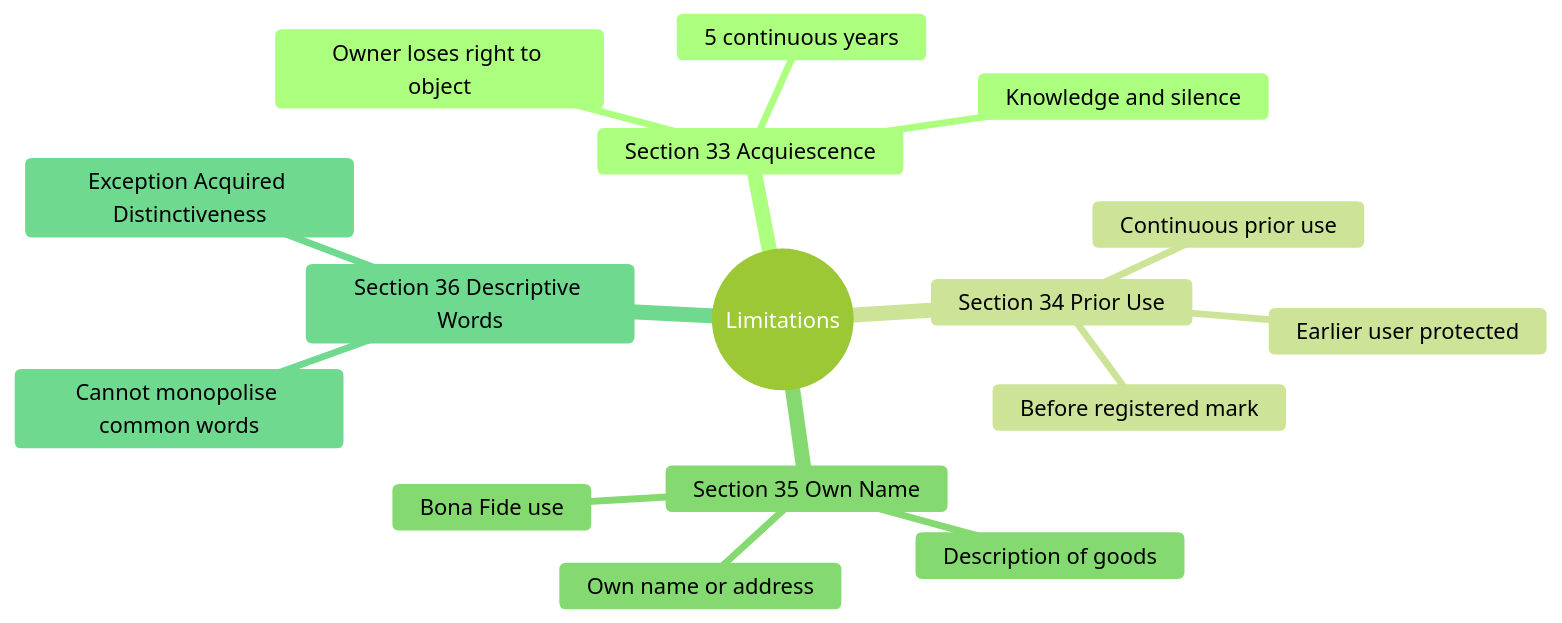
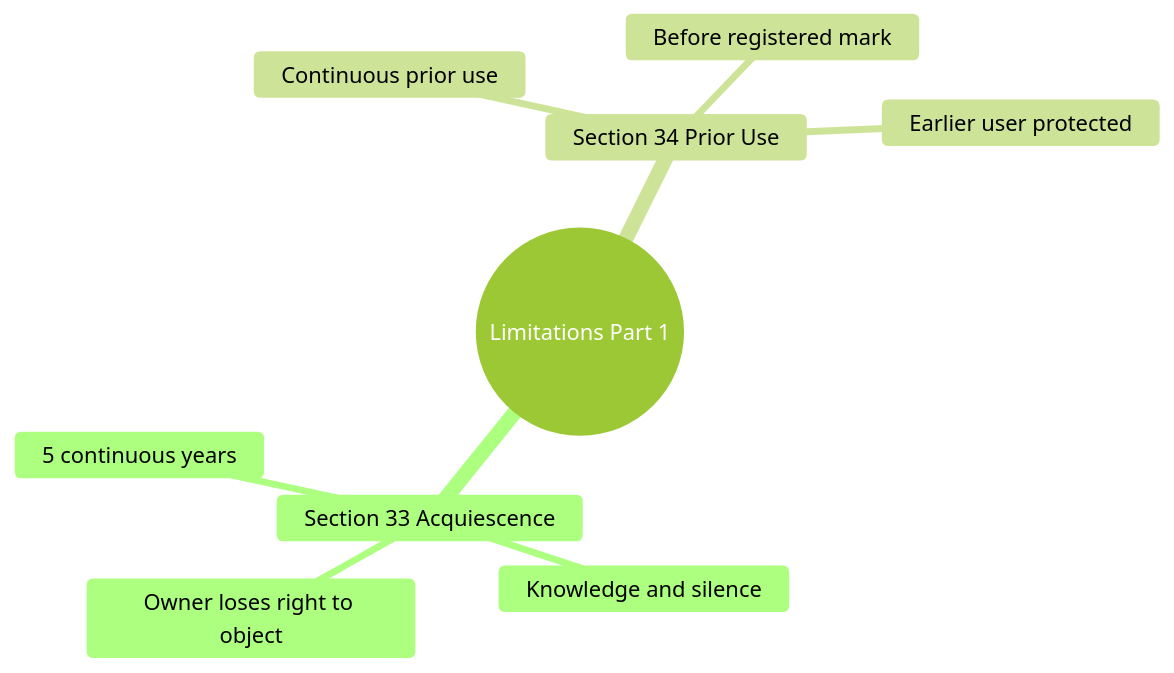
The seventh of 8 diagrams in 14_Limitations_on_the_Rights_of_the_Trademark_Owner.md (Aryns293/IPR), drawn with Mermaid (forest theme) before and after one commit. The commit also changed other lines of this file and 1 other file, not shown here.

Commit message:
Split mindmaps into multiple for better rendering

````diff
--- a/14_Limitations_on_the_Rights_of_the_Trademark_Owner.md
+++ b/14_Limitations_on_the_Rights_of_the_Trademark_Owner.md
@@ -201,19 +201,12 @@
 ```mermaid
 mindmap
-  root((Limitations))
+  root((Limitations Part 1))
     Section 33 Acquiescence
       5 continuous years
       Knowledge and silence
       Owner loses right to object
     Section 34 Prior Use
       Continuous prior use
       Before registered mark
       Earlier user protected
-    Section 35 Own Name
-      Bona Fide use
-      Own name or address
-      Description of goods
-    Section 36 Descriptive Words
-      Cannot monopolise common words
-      Exception Acquired Distinctiveness
 ```
````
